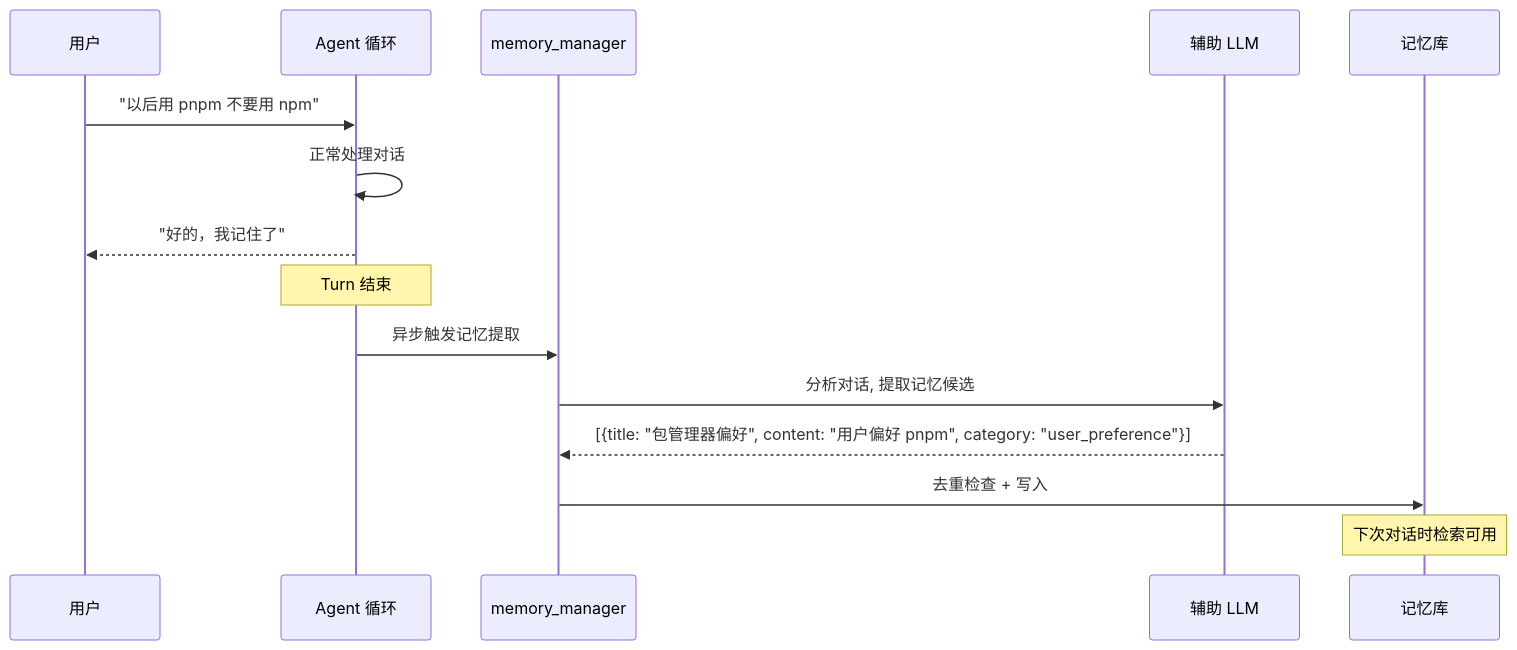
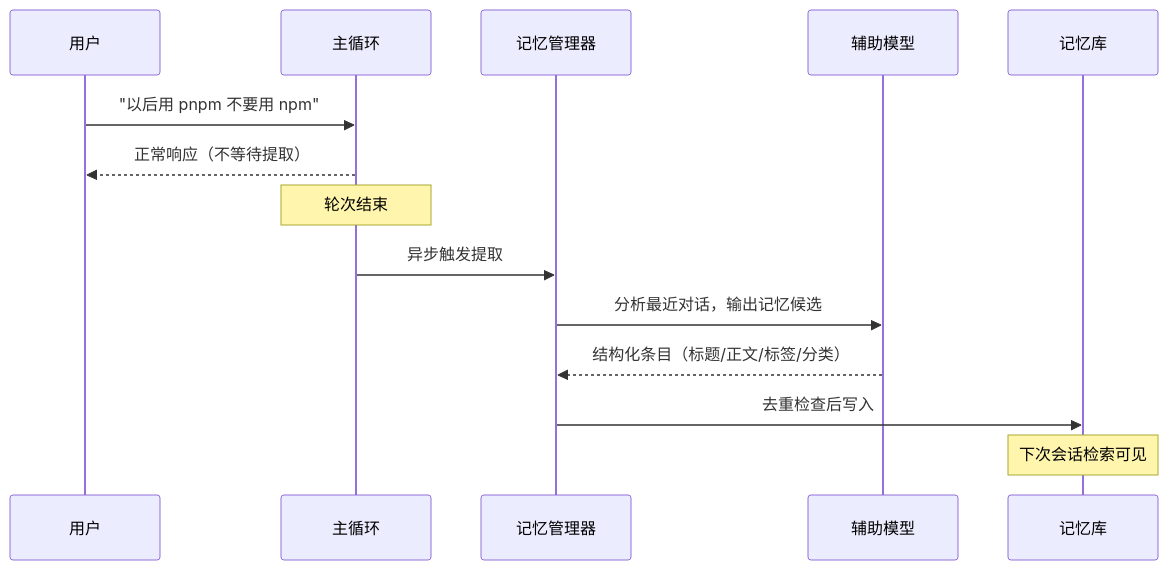
Before and after one commit to MKEy777/agent: the second of 4 diagrams in docs/hermes-agent/06-memory.md, drawn with Mermaid. The commit also changed other lines of this file and 114 other files, not shown here.

First line of the commit message:
Add comprehensive documentation for Agent architecture and protocols

````diff
--- a/docs/hermes-agent/06-memory.md
+++ b/docs/hermes-agent/06-memory.md
@@ -51,19 +50,16 @@
 ```mermaid
 sequenceDiagram
     participant U as 用户
-    participant Agent as Agent 循环
-    participant MM as memory_manager
-    participant Aux as 辅助 LLM
+    participant A as 主循环
+    participant M as 记忆管理器
+    participant X as 辅助模型
     participant DB as 记忆库
-
-    U->>Agent: "以后用 pnpm 不要用 npm"
-    Agent->>Agent: 正常处理对话
-    Agent-->>U: "好的，我记住了"
-    Note over Agent: Turn 结束
-
-    Agent->>MM: 异步触发记忆提取
-    MM->>Aux: 分析对话, 提取记忆候选
-    Aux-->>MM: [{title: "包管理器偏好", content: "用户偏好 pnpm", category: "user_preference"}]
-    MM->>DB: 去重检查 + 写入
-    Note over DB: 下次对话时检索可用
+    U->>A: "以后用 pnpm 不要用 npm"
+    A-->>U: 正常响应（不等待提取）
+    Note over A: 轮次结束
+    A->>M: 异步触发提取
+    M->>X: 分析最近对话，输出记忆候选
+    X-->>M: 结构化条目（标题/正文/标签/分类）
+    M->>DB: 去重检查后写入
+    Note over DB: 下次会话检索可见
 ```
````
